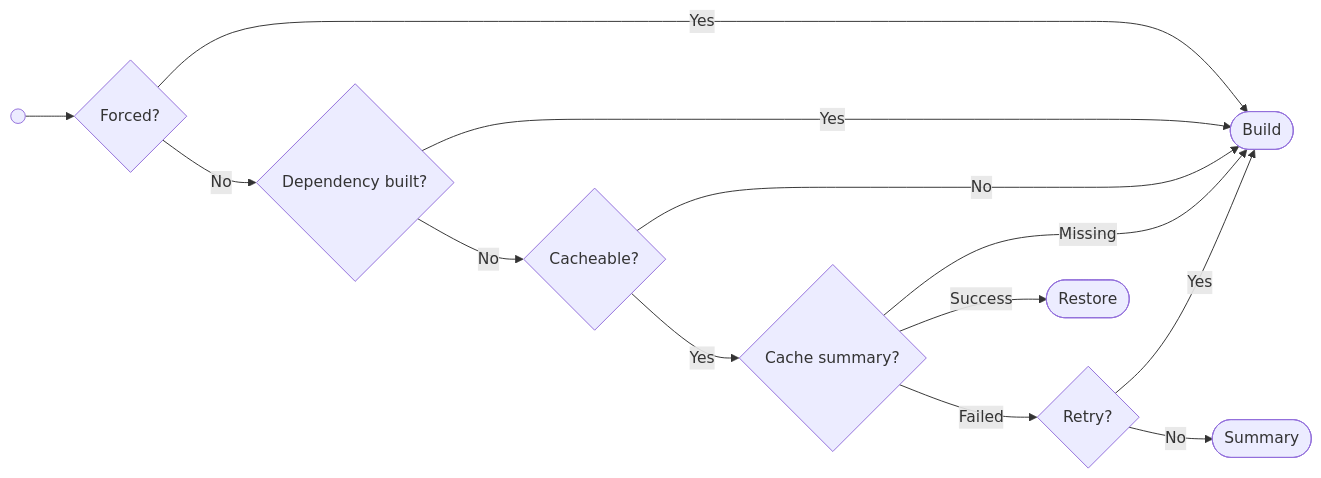
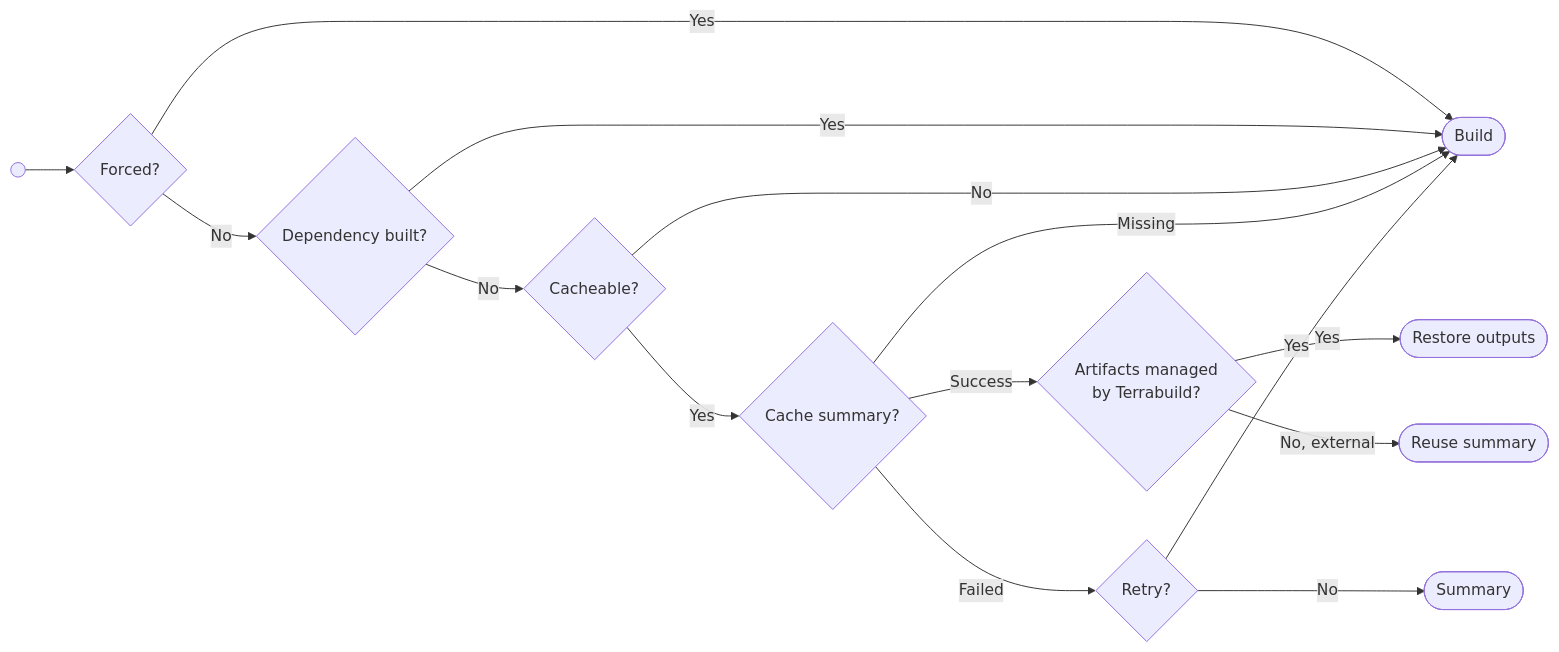
The diagram in website/site-docs/getting-started/caching.md (MagnusOpera/terrabuild), drawn with Mermaid before and after one commit. The commit also changed other lines of this file and 2 other files, not shown here.

Commit message:
fix: clarify external cache summary reuse

````diff
--- a/website/site-docs/getting-started/caching.md
+++ b/website/site-docs/getting-started/caching.md
@@ -66,21 +66,23 @@
 ```mermaid
 flowchart LR
   start((" ")) --> force{"Forced?"}
   force -->|Yes| build(["Build"])
   force -->|No| dependency{"Dependency built?"}
   dependency -->|Yes| build
   dependency -->|No| cacheable{"Cacheable?"}
   cacheable -->|No| build
   cacheable -->|Yes| cache{"Cache summary?"}
   cache -->|Missing| build
-  cache -->|Success| restore(["Restore"])
+  cache -->|Success| ownership{"Artifacts managed<br/>by Terrabuild?"}
+  ownership -->|Yes| restore(["Restore outputs"])
+  ownership -->|No, external| reuse(["Reuse summary"])
   cache -->|Failed| retry{"Retry?"}
   retry -->|Yes| build
   retry -->|No| summary(["Summary"])
 
   class start tb-start
-  class force,dependency,cacheable,cache,retry tb-decision
+  class force,dependency,cacheable,cache,ownership,retry tb-decision
   class build tb-primary
   class restore tb-success
-  class summary tb-muted
+  class reuse,summary tb-muted
 ```
````
